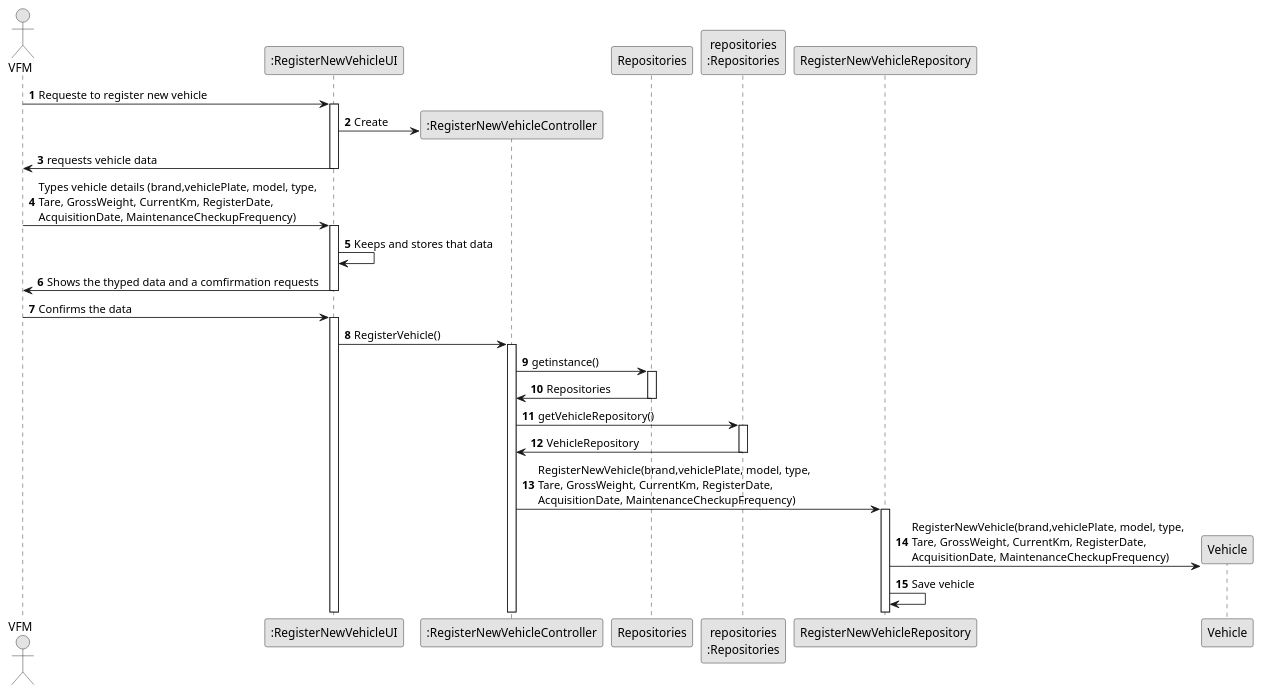
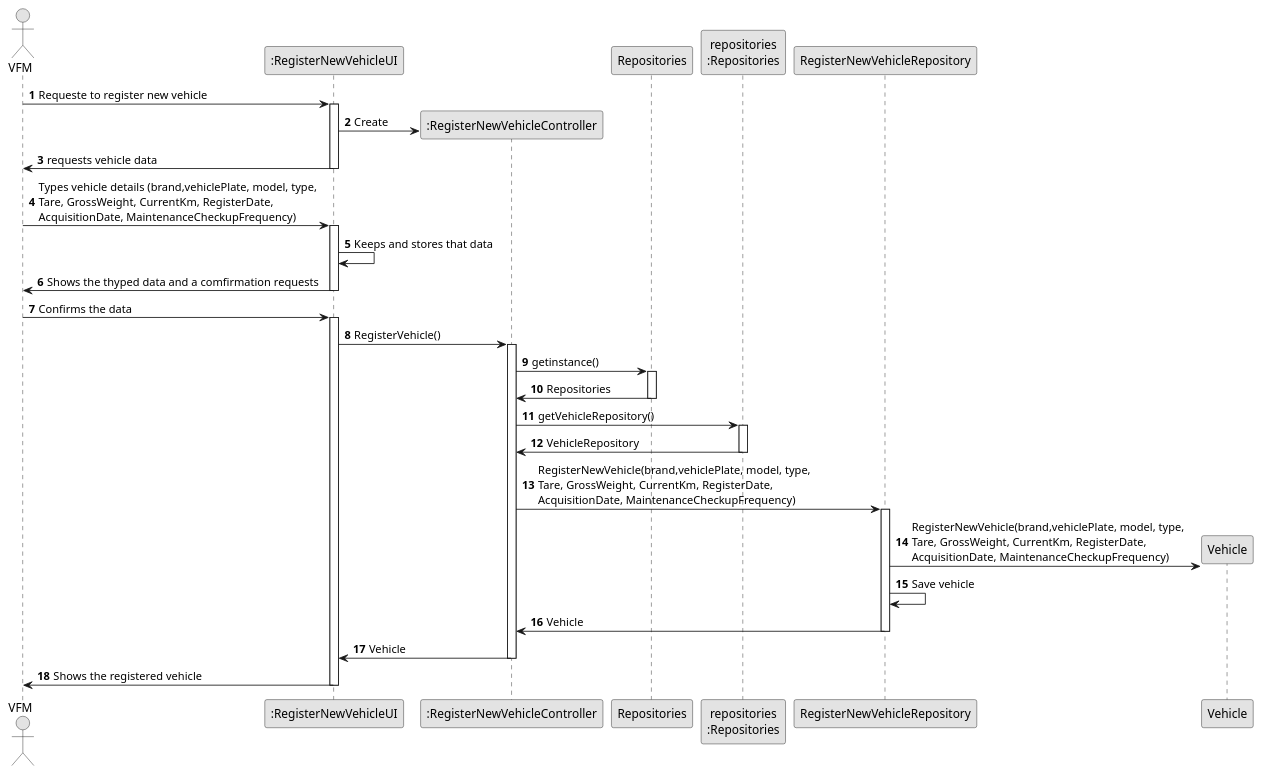
Before and after one commit to Departamento-de-Engenharia-Informatica/lei-24-s2-1dm-g132: the diagram in docs/sprintB/us006/03.design/puml/us006-sequence-diagram-ui-controller-overview.puml, drawn with PlantUML.

Commit message:
Changes in the us006 sequence diagram

```diff
--- a/docs/sprintB/us006/03.design/puml/us006-sequence-diagram-ui-controller-overview.puml
+++ b/docs/sprintB/us006/03.design/puml/us006-sequence-diagram-ui-controller-overview.puml
@@ -1,45 +1,52 @@
 @startuml
 skinparam monochrome true
 skinparam packageStyle rectangle
 skinparam shadowing false
 
 autonumber
 
 'hide footbox
 actor "VFM" as USER
 
 participant ":RegisterNewVehicleUI" as RegisterNewVehicleUI
 participant ":RegisterNewVehicleController" as RegisterNewVehicleController
 participant "Repositories" as Repositories
 participant "repositories\n:Repositories" as repRep
 participant "RegisterNewVehicleRepository" as RegisterNewVehicleRepository
 participant "Vehicle" as Vehicle
 
 USER -> RegisterNewVehicleUI : Requeste to register new vehicle
 activate RegisterNewVehicleUI
 RegisterNewVehicleUI -> RegisterNewVehicleController** : Create
 RegisterNewVehicleUI -> USER : requests vehicle data
 deactivate RegisterNewVehicleUI
 USER -> RegisterNewVehicleUI : Types vehicle details (brand,vehiclePlate, model, type, \nTare, GrossWeight, CurrentKm, RegisterDate, \nAcquisitionDate, MaintenanceCheckupFrequency)
 activate RegisterNewVehicleUI
 RegisterNewVehicleUI -> RegisterNewVehicleUI : Keeps and stores that data
 RegisterNewVehicleUI -> USER : Shows the thyped data and a comfirmation requests
 deactivate RegisterNewVehicleUI
 USER -> RegisterNewVehicleUI : Confirms the data
 activate RegisterNewVehicleUI
 RegisterNewVehicleUI -> RegisterNewVehicleController : RegisterVehicle()
 activate RegisterNewVehicleController
 RegisterNewVehicleController -> Repositories : getinstance()
 activate Repositories
 Repositories -> RegisterNewVehicleController : Repositories
 deactivate Repositories
 RegisterNewVehicleController -> repRep : getVehicleRepository()
 activate repRep
 repRep -> RegisterNewVehicleController : VehicleRepository
 deactivate repRep
 RegisterNewVehicleController -> RegisterNewVehicleRepository : RegisterNewVehicle(brand,vehiclePlate, model, type, \nTare, GrossWeight, CurrentKm, RegisterDate, \nAcquisitionDate, MaintenanceCheckupFrequency)
 activate RegisterNewVehicleRepository
 RegisterNewVehicleRepository -> Vehicle** : RegisterNewVehicle(brand,vehiclePlate, model, type, \nTare, GrossWeight, CurrentKm, RegisterDate, \nAcquisitionDate, MaintenanceCheckupFrequency)
 RegisterNewVehicleRepository -> RegisterNewVehicleRepository : Save vehicle
+RegisterNewVehicleRepository -> RegisterNewVehicleController : Vehicle
+deactivate RegisterNewVehicleRepository
+RegisterNewVehicleController -> RegisterNewVehicleUI : Vehicle
+deactivate RegisterNewVehicleController
+RegisterNewVehicleUI -> USER : Shows the registered vehicle
+deactivate RegisterNewVehicleUI
+
 
 @enduml
```
